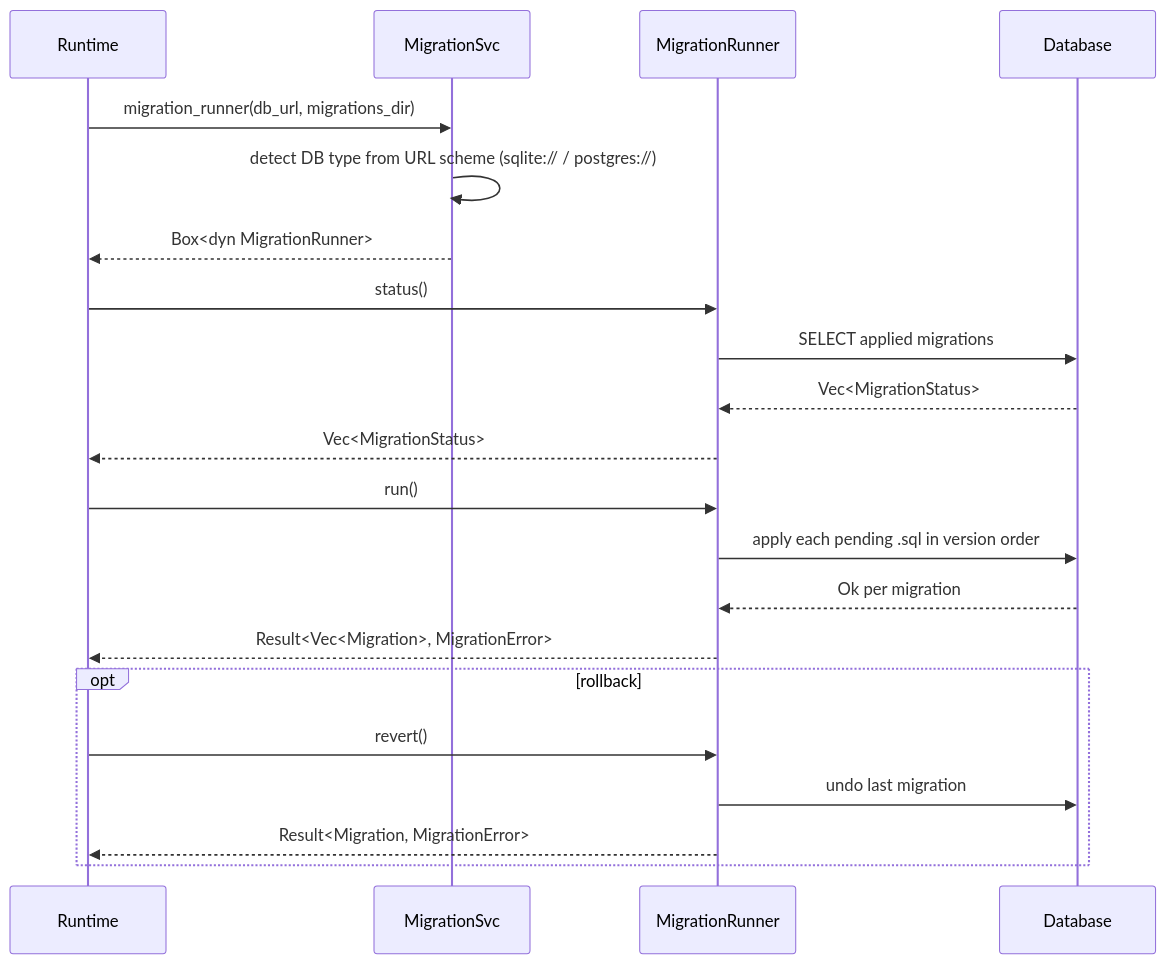
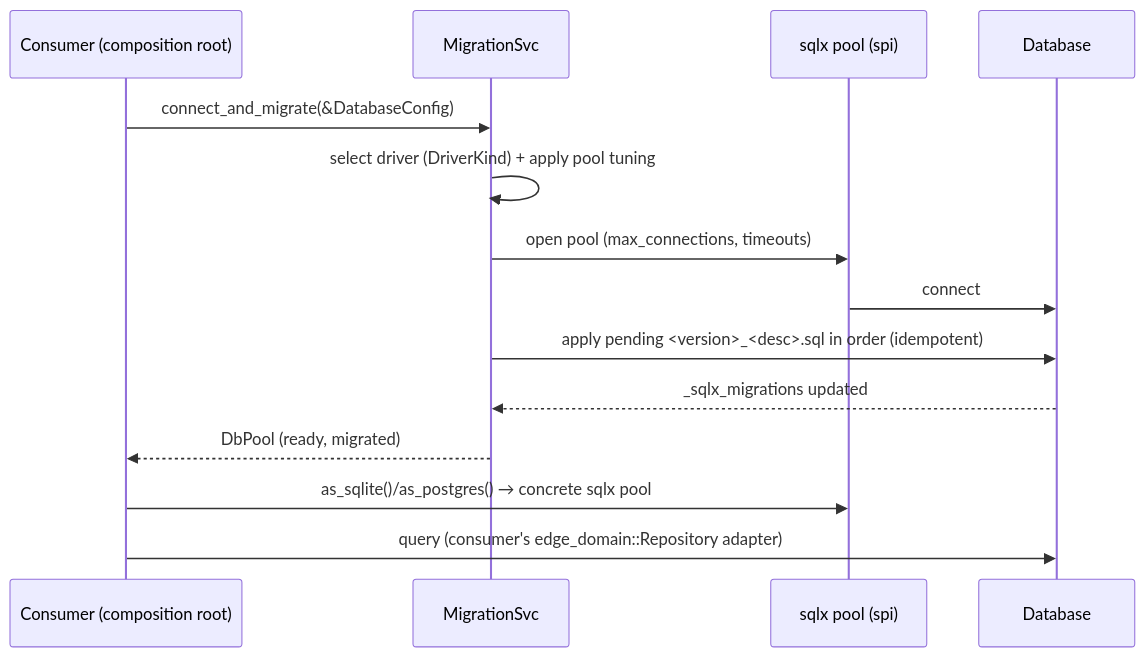
Before and after one commit to sweengineeringlabs/edge-egress-database: the first of 2 diagrams in scm/docs/architecture.md, drawn with Mermaid. The commit also changed other lines of this file and 29 other files, not shown here.

````diff
--- a/scm/docs/architecture.md
+++ b/scm/docs/architecture.md
@@ -7,27 +9,18 @@
 ```mermaid
 sequenceDiagram
-    participant Runtime
+    participant Consumer as Consumer (composition root)
     participant MigrationSvc
-    participant MigrationRunner
+    participant DbPool as sqlx pool (spi)
     participant Database
 
-    Runtime->>MigrationSvc: migration_runner(db_url, migrations_dir)
-    MigrationSvc->>MigrationSvc: detect DB type from URL scheme (sqlite:// / postgres://)
-    MigrationSvc-->>Runtime: Box<dyn MigrationRunner>
+    Consumer->>MigrationSvc: connect_and_migrate(&DatabaseConfig)
+    MigrationSvc->>MigrationSvc: select driver (DriverKind) + apply pool tuning
+    MigrationSvc->>DbPool: open pool (max_connections, timeouts)
+    DbPool->>Database: connect
+    MigrationSvc->>Database: apply pending <version>_<desc>.sql in order (idempotent)
+    Database-->>MigrationSvc: _sqlx_migrations updated
+    MigrationSvc-->>Consumer: DbPool (ready, migrated)
 
-    Runtime->>MigrationRunner: status()
-    MigrationRunner->>Database: SELECT applied migrations
-    Database-->>MigrationRunner: Vec<MigrationStatus>
-    MigrationRunner-->>Runtime: Vec<MigrationStatus>
-
-    Runtime->>MigrationRunner: run()
-    MigrationRunner->>Database: apply each pending .sql in version order
-    Database-->>MigrationRunner: Ok per migration
-    MigrationRunner-->>Runtime: Result<Vec<Migration>, MigrationError>
-
-    opt rollback
-        Runtime->>MigrationRunner: revert()
-        MigrationRunner->>Database: undo last migration
-        MigrationRunner-->>Runtime: Result<Migration, MigrationError>
-    end
+    Consumer->>DbPool: as_sqlite()/as_postgres() → concrete sqlx pool
+    Consumer->>Database: query (consumer's edge_domain::Repository adapter)
 ```
````
